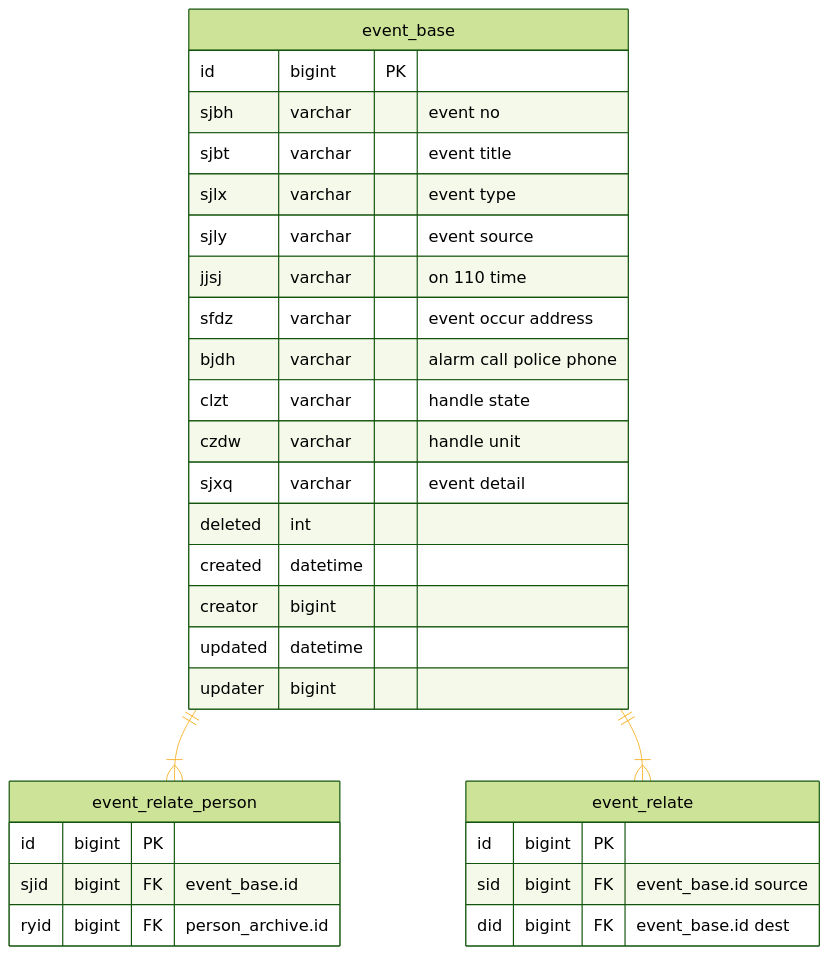
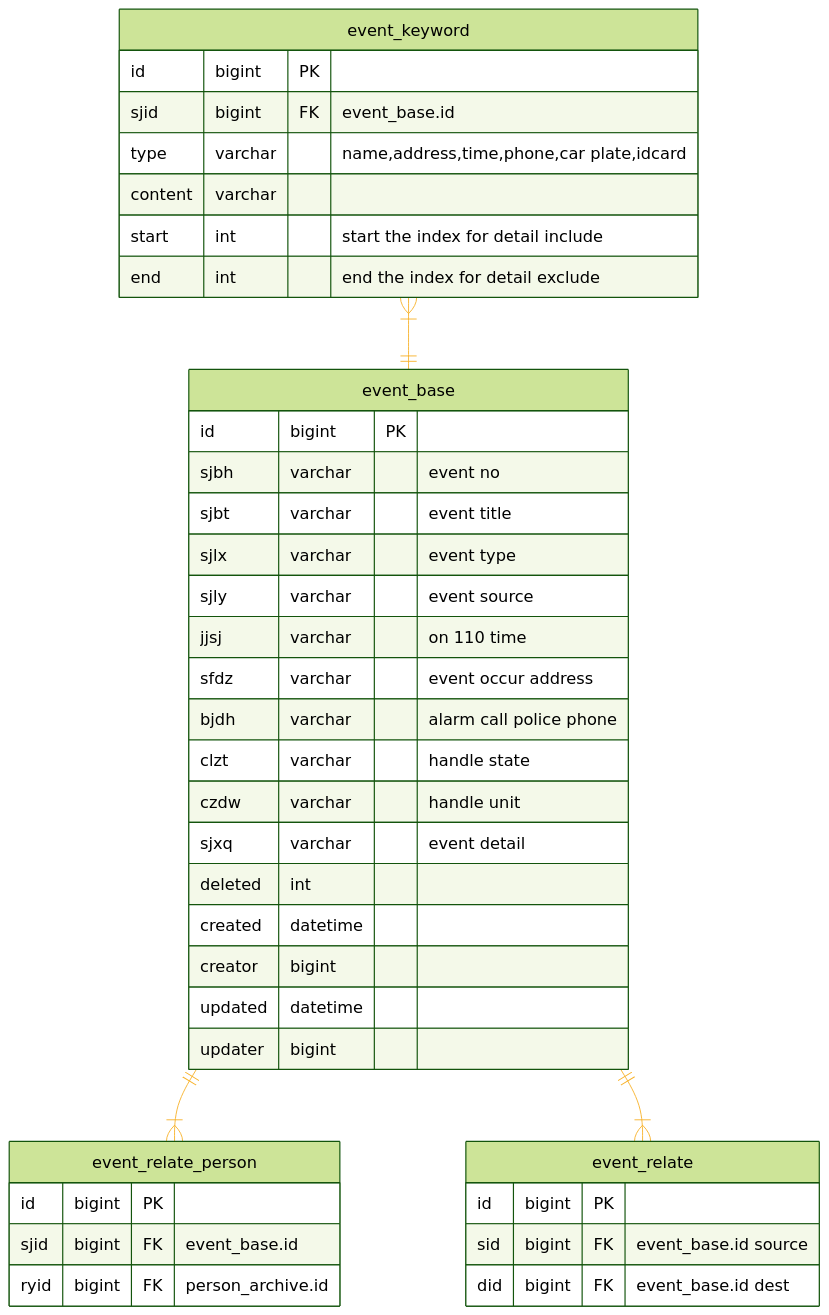
One commit to luoyh/obsidian-sync changed the second of 2 diagrams in ga/JQFX.md. Above: the diagram before and after it, drawn with Mermaid. The commit also changed other lines of this file and 1 other file, not shown here.

Commit message:
vault backup: 2024-09-11 14:11:14

````diff
--- a/ga/JQFX.md
+++ b/ga/JQFX.md
@@ -76,53 +76,66 @@
 ```mermaid
 %%{
     init: {
         'theme': 'forest', 
         'themeVariables': { 
             'fontSize': '18px', 
             'fontFamily': 'Consolas',  
             'primaryColor': '#BB2528', 
             'primaryTextColor': '#fff', 
             'primaryBorderColor': '#7C0000', 
             'lineColor': '#F8B229', 
             'secondaryColor': '#006100', 
             'tertiaryColor': '#fff'
         }
     }
 }%%
 
 erDiagram
+
+    event_keyword }|--|| event_base: ""
+    
+    event_keyword {
+        id bigint PK
+        sjid bigint FK "event_base.id"
+        type varchar "name,address,time,phone,car plate,idcard"
+        content varchar
+        start int "start the index for detail include"
+        end int "end the index for detail exclude"
+    }
     event_base {
         id bigint PK
         sjbh varchar "event no"
         sjbt varchar "event title"
         sjlx varchar "event type"
         sjly varchar "event source"
         jjsj varchar "on 110 time"
         sfdz varchar "event occur address"
         bjdh varchar "alarm call police phone"
         clzt varchar "handle state"
         czdw varchar "handle unit"
         sjxq varchar "event detail"
         deleted int
         created datetime
         creator bigint
         updated datetime
         updater bigint
     }    
 
+    event_base ||--|{ event_relate_person: ""
     event_relate_person {
         id bigint PK
         sjid bigint FK "event_base.id"
         ryid bigint FK "person_archive.id"
     }
    
-    event_base ||--|{ event_relate_person: ""
 
+    event_base ||--|{ event_relate: ""
     event_relate {
         id bigint PK
         sid bigint FK "event_base.id source"
         did bigint FK "event_base.id dest"
     }
-    event_base ||--|{ event_relate: ""
+    
+    
 
 ```
````
